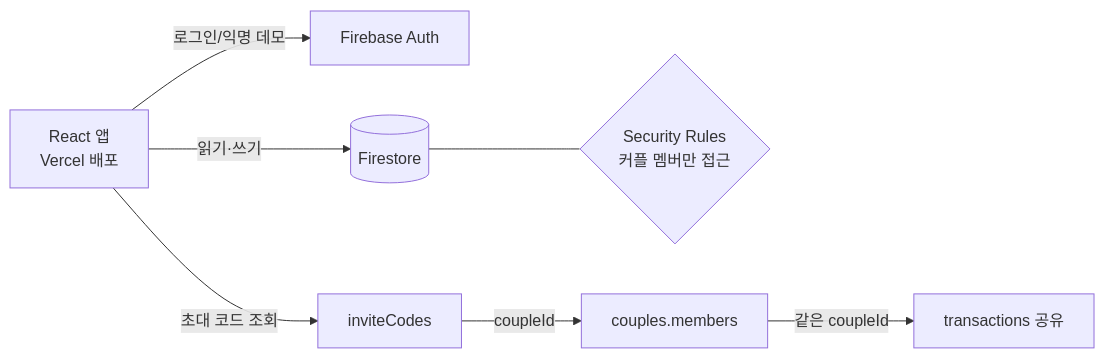
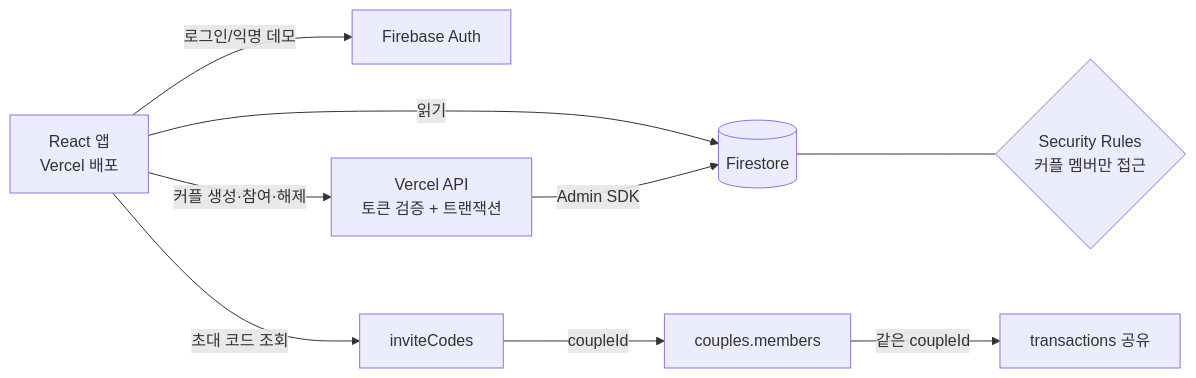
One commit to wjdals812/moneyduo changed the diagram in README.md. Above: the diagram before and after it, drawn with Mermaid. The commit also changed other lines of this file and 1 other file, not shown here.

Commit message:
docs: 커플 API 구조·실행 방법 반영, 서비스 계정 키 gitignore

````diff
--- a/README.md
+++ b/README.md
@@ -57,9 +58,11 @@
 ```mermaid
 flowchart LR
   A[React 앱<br/>Vercel 배포] -->|로그인/익명 데모| B[Firebase Auth]
-  A -->|읽기·쓰기| C[(Firestore)]
+  A -->|읽기| C[(Firestore)]
+  A -->|커플 생성·참여·해제| S[Vercel API<br/>토큰 검증 + 트랜잭션]
+  S -->|Admin SDK| C
   C --- D{Security Rules<br/>커플 멤버만 접근}
   A -->|초대 코드 조회| E[inviteCodes]
   E -->|coupleId| F[couples.members]
   F -->|같은 coupleId| G[transactions 공유]
 ```
````
